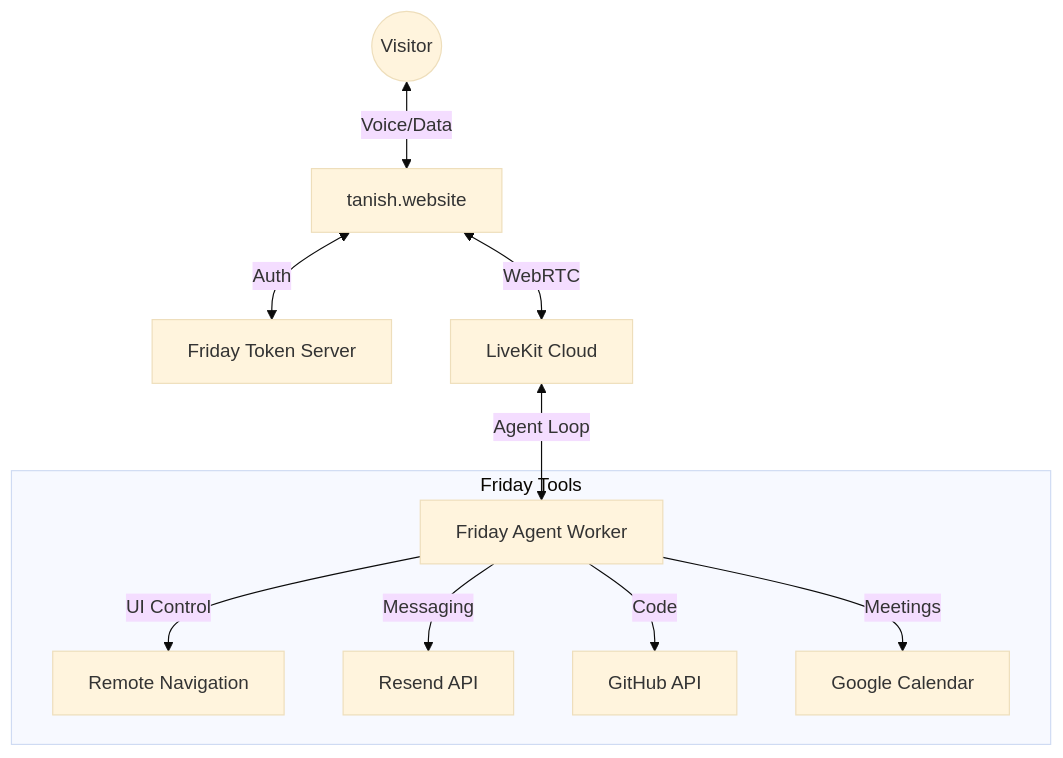
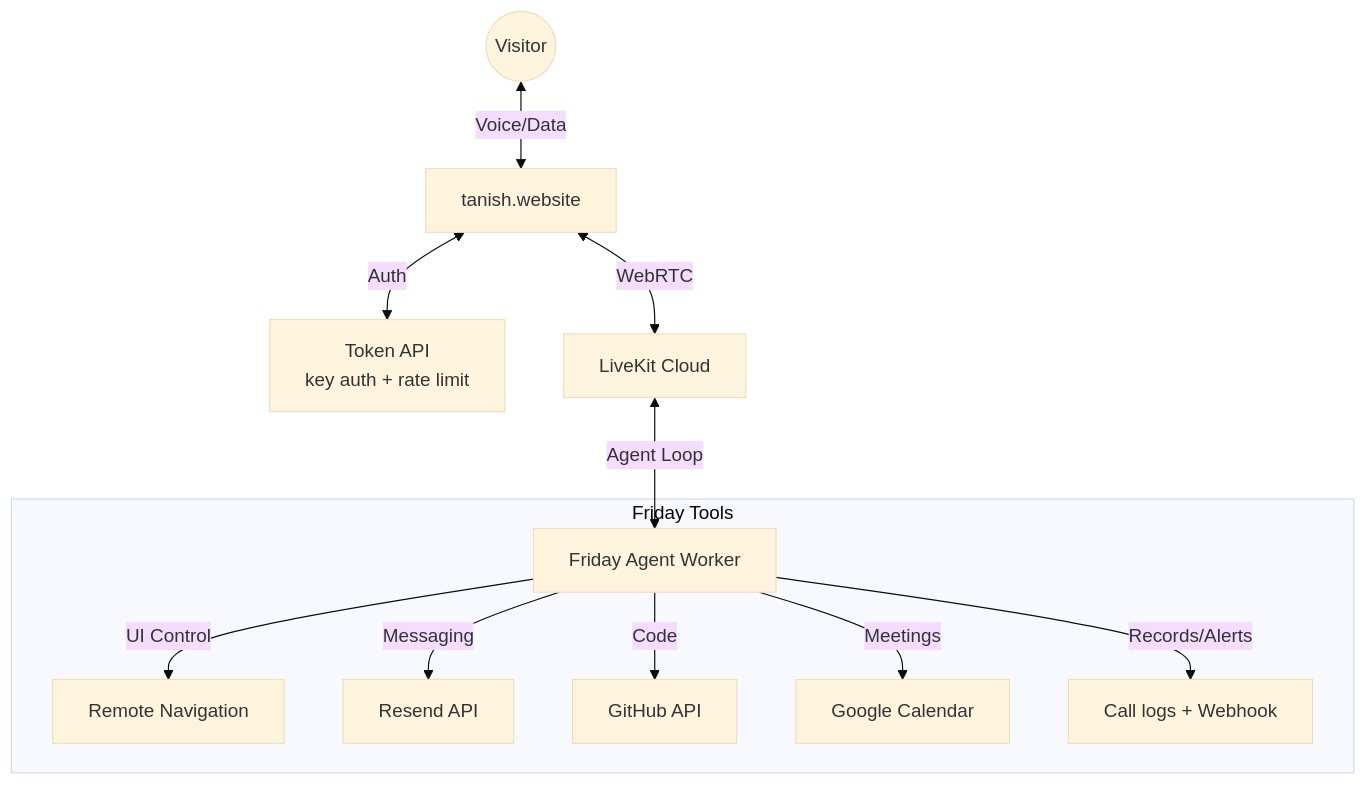
The diagram in README.md (tanishra/friday), drawn with Mermaid (base theme) before and after one commit. The commit also changed other lines of this file, not shown here.

````diff
--- a/README.md
+++ b/README.md
@@ -25,14 +36,15 @@
 ```mermaid
 graph TD
     User((Visitor)) <-->|Voice/Data| Portfolio[tanish.website]
-    Portfolio <-->|Auth| API[Friday Token Server]
+    Portfolio <-->|Auth| API[Token API<br/>key auth + rate limit]
     Portfolio <-->|WebRTC| LiveKit[LiveKit Cloud]
     LiveKit <-->|Agent Loop| Friday[Friday Agent Worker]
     
     subgraph Friday Tools
         Friday -->|UI Control| UI[Remote Navigation]
         Friday -->|Messaging| Email[Resend API]
         Friday -->|Code| GH[GitHub API]
         Friday -->|Meetings| Cal[Google Calendar]
+        Friday -->|Records/Alerts| Obs[Call logs + Webhook]
     end
 ```
````
